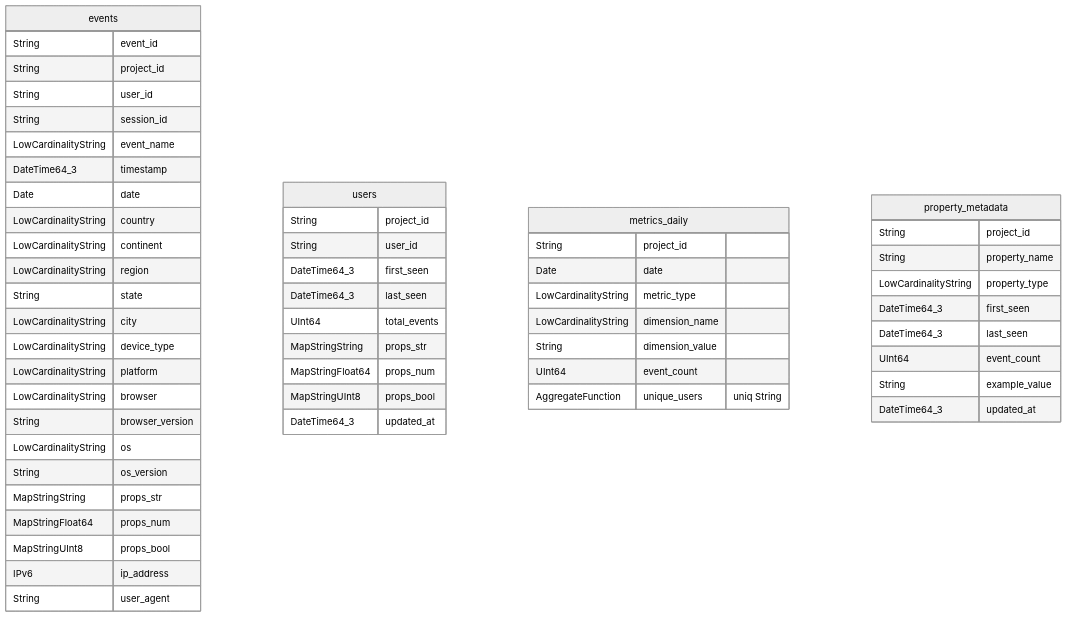
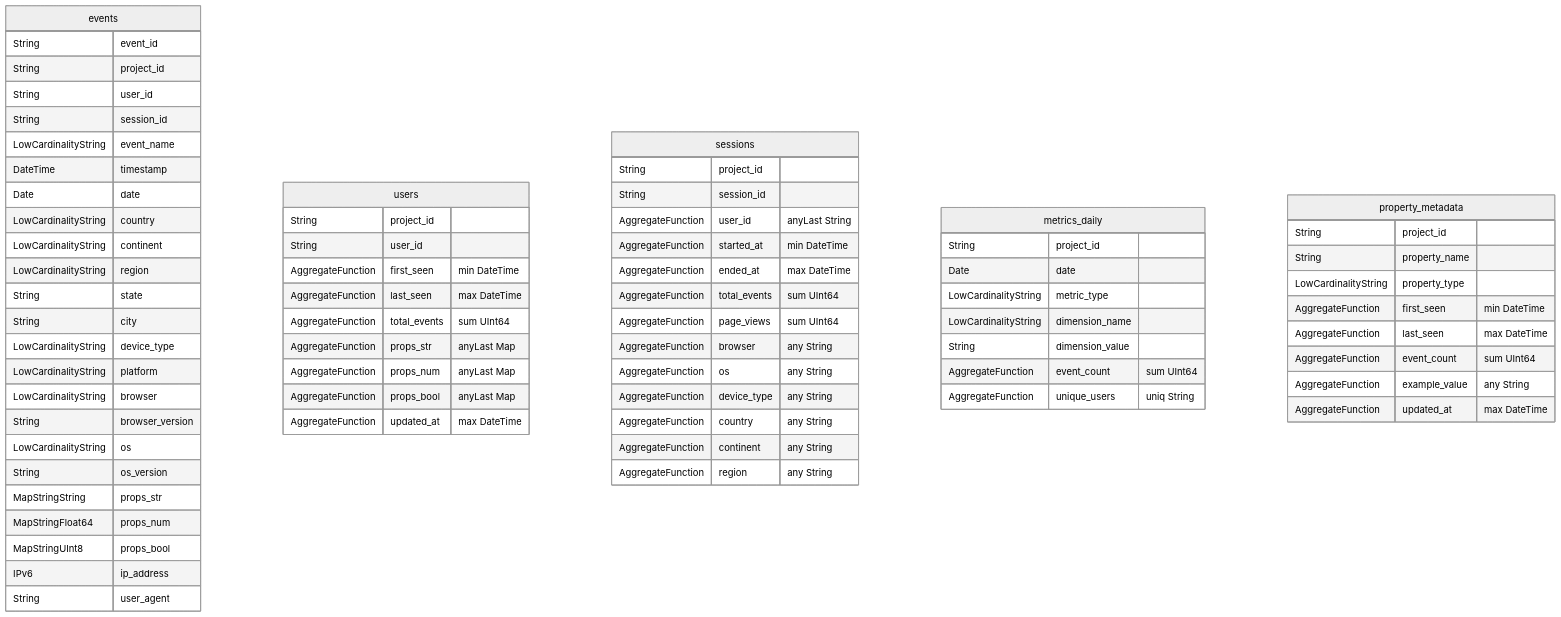
The fourth of 5 diagrams in OVERVIEW.md (MateusRoscoe/quantyx), drawn with Mermaid (neutral theme) before and after one commit. The commit also changed other lines of this file and 4 other files, not shown here.

````diff
--- a/OVERVIEW.md
+++ b/OVERVIEW.md
@@ -414,61 +416,77 @@
 ```mermaid
 erDiagram
     events {
         String event_id
         String project_id
         String user_id
         String session_id
         LowCardinalityString event_name
-        DateTime64_3 timestamp
+        DateTime timestamp
         Date date
         LowCardinalityString country
         LowCardinalityString continent
         LowCardinalityString region
         String state
-        LowCardinalityString city
+        String city
         LowCardinalityString device_type
         LowCardinalityString platform
         LowCardinalityString browser
         String browser_version
         LowCardinalityString os
         String os_version
         MapStringString props_str
         MapStringFloat64 props_num
         MapStringUInt8 props_bool
         IPv6 ip_address
         String user_agent
     }
 
     users {
         String project_id
         String user_id
-        DateTime64_3 first_seen
-        DateTime64_3 last_seen
-        UInt64 total_events
-        MapStringString props_str
-        MapStringFloat64 props_num
-        MapStringUInt8 props_bool
-        DateTime64_3 updated_at
+        AggregateFunction first_seen "min DateTime"
+        AggregateFunction last_seen "max DateTime"
+        AggregateFunction total_events "sum UInt64"
+        AggregateFunction props_str "anyLast Map"
+        AggregateFunction props_num "anyLast Map"
+        AggregateFunction props_bool "anyLast Map"
+        AggregateFunction updated_at "max DateTime"
+    }
+
+    sessions {
+        String project_id
+        String session_id
+        AggregateFunction user_id "anyLast String"
+        AggregateFunction started_at "min DateTime"
+        AggregateFunction ended_at "max DateTime"
+        AggregateFunction total_events "sum UInt64"
+        AggregateFunction page_views "sum UInt64"
+        AggregateFunction browser "any String"
+        AggregateFunction os "any String"
+        AggregateFunction device_type "any String"
+        AggregateFunction country "any String"
+        AggregateFunction continent "any String"
+        AggregateFunction region "any String"
     }
 
     metrics_daily {
         String project_id
         Date date
         LowCardinalityString metric_type
         LowCardinalityString dimension_name
         String dimension_value
-        UInt64 event_count
+        AggregateFunction event_count "sum UInt64"
         AggregateFunction unique_users "uniq String"
     }
 
     property_metadata {
         String project_id
         String property_name
         LowCardinalityString property_type
-        DateTime64_3 first_seen
-        DateTime64_3 last_seen
-        UInt64 event_count
-        String example_value
-        DateTime64_3 updated_at
+        AggregateFunction first_seen "min DateTime"
+        AggregateFunction last_seen "max DateTime"
+        AggregateFunction event_count "sum UInt64"
+        AggregateFunction example_value "any String"
+        AggregateFunction updated_at "max DateTime"
     }
 ```
````
